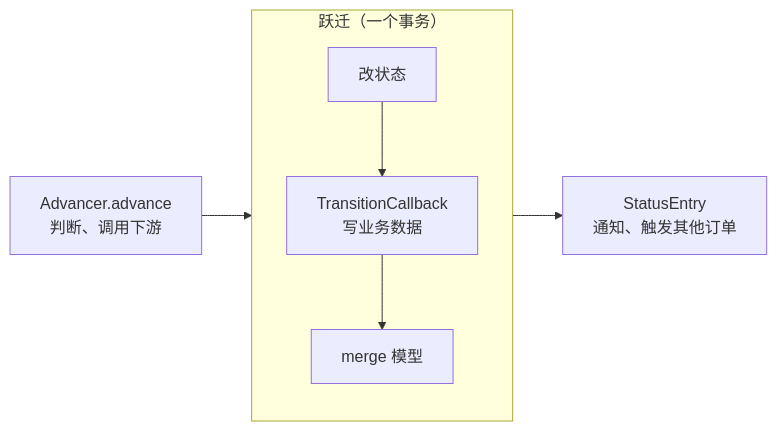
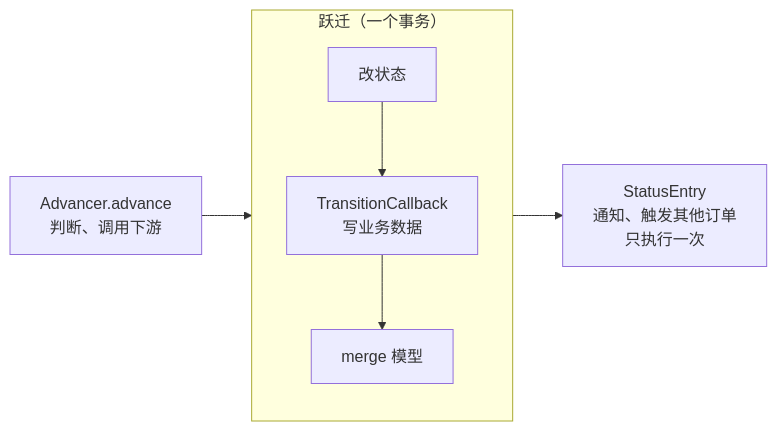
Before and after one commit to godmonth/godmonth-status2: the first of 4 diagrams in doc/tutorial.md, drawn with Mermaid. The commit also changed other lines of this file, not shown here.

First line of the commit message:
docs: state that a StatusEntry runs only once and is never replayed

````diff
--- a/doc/tutorial.md
+++ b/doc/tutorial.md
@@ -36,9 +36,9 @@
 ```mermaid
 flowchart LR
     A["Advancer.advance<br/>判断、调用下游"] --> T
     subgraph T["跃迁（一个事务）"]
         direction TB
         T1["改状态"] --> T2["TransitionCallback<br/>写业务数据"] --> T3["merge 模型"]
     end
-    T --> E["StatusEntry<br/>通知、触发其他订单"]
+    T --> E["StatusEntry<br/>通知、触发其他订单<br/>只执行一次"]
 ```
````
